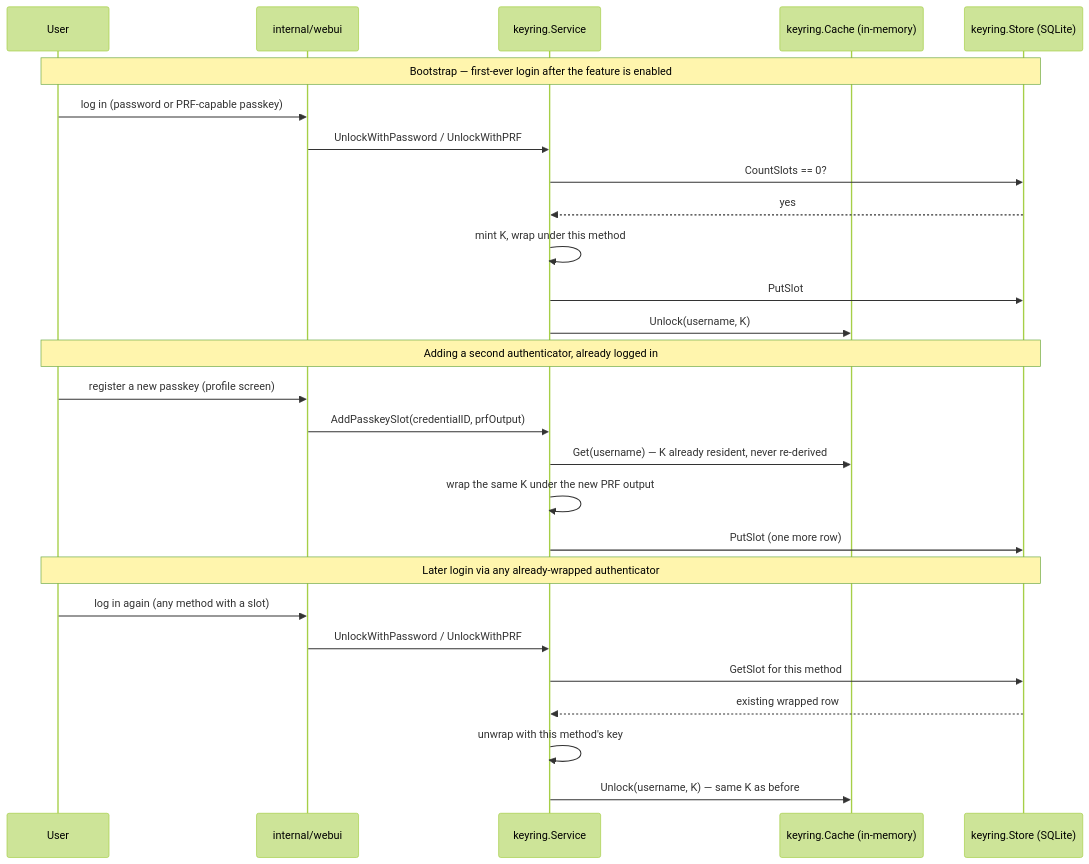
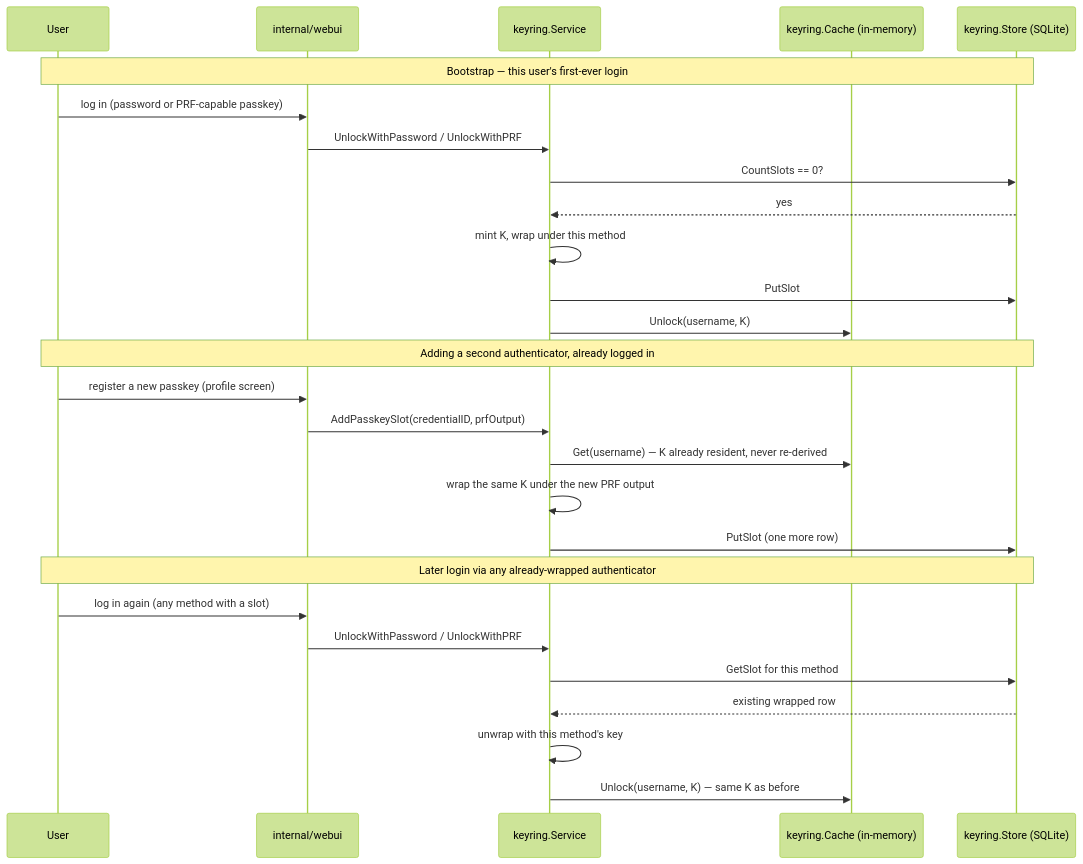
Before and after one commit to archer-developer/miranda: the diagram in docs/encryption.md, drawn with Mermaid (forest theme). The commit also changed other lines of this file and 7 other files, not shown here.

````diff
--- a/docs/encryption.md
+++ b/docs/encryption.md
@@ -78,32 +87,32 @@
 ```mermaid
 sequenceDiagram
     participant U as User
     participant WebUI as internal/webui
     participant KR as keyring.Service
     participant Cache as keyring.Cache (in-memory)
     participant Store as keyring.Store (SQLite)
 
-    Note over U,Store: Bootstrap — first-ever login after the feature is enabled
+    Note over U,Store: Bootstrap — this user's first-ever login
     U->>WebUI: log in (password or PRF-capable passkey)
     WebUI->>KR: UnlockWithPassword / UnlockWithPRF
     KR->>Store: CountSlots == 0?
     Store-->>KR: yes
     KR->>KR: mint K, wrap under this method
     KR->>Store: PutSlot
     KR->>Cache: Unlock(username, K)
 
     Note over U,Store: Adding a second authenticator, already logged in
     U->>WebUI: register a new passkey (profile screen)
     WebUI->>KR: AddPasskeySlot(credentialID, prfOutput)
     KR->>Cache: Get(username) — K already resident, never re-derived
     KR->>KR: wrap the same K under the new PRF output
     KR->>Store: PutSlot (one more row)
 
     Note over U,Store: Later login via any already-wrapped authenticator
     U->>WebUI: log in again (any method with a slot)
     WebUI->>KR: UnlockWithPassword / UnlockWithPRF
     KR->>Store: GetSlot for this method
     Store-->>KR: existing wrapped row
     KR->>KR: unwrap with this method's key
     KR->>Cache: Unlock(username, K) — same K as before
 ```
````
